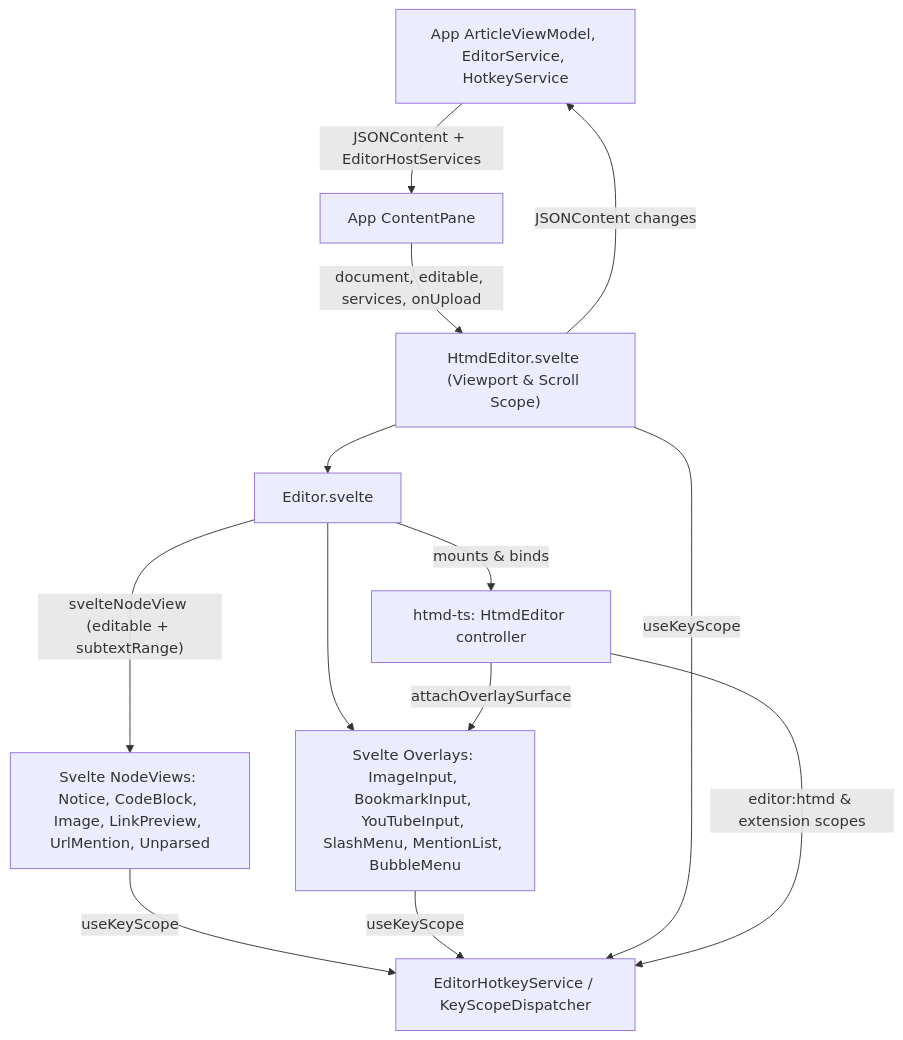
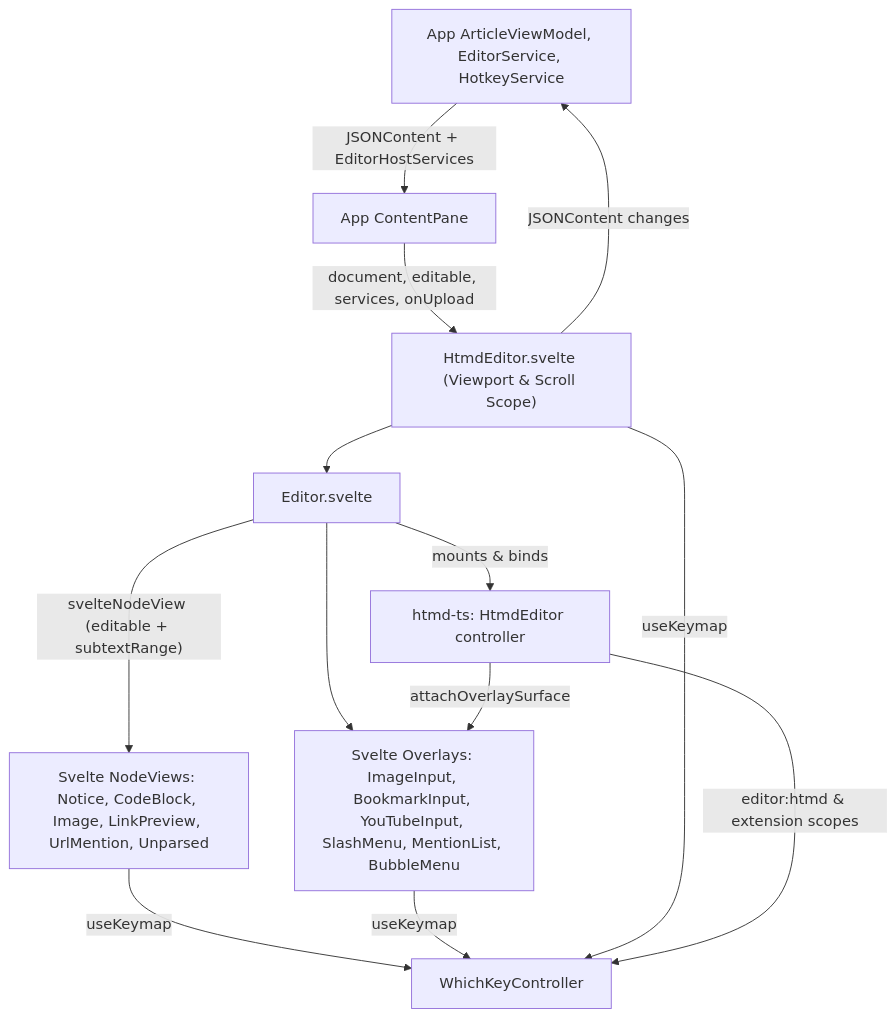
Before and after one commit to hypertextual/hypertextual: the first of 3 diagrams in docs/architecture/ui/htmd-editor.md, drawn with Mermaid. The commit also changed other lines of this file and 15 other files, not shown here.

First line of the commit message:
refactor(ui,docs): remove useKeyScope in favor of Helical useKeymap

````diff
--- a/docs/architecture/ui/htmd-editor.md
+++ b/docs/architecture/ui/htmd-editor.md
@@ -38,13 +38,13 @@
 ```mermaid
 flowchart TD
     app["App ArticleViewModel, EditorService, HotkeyService"] -->|"JSONContent + EditorHostServices"| host["App ContentPane"]
     host -->|"document, editable, services, onUpload"| wrapper["HtmdEditor.svelte (Viewport & Scroll Scope)"]
     wrapper -->|"JSONContent changes"| app
     wrapper --> view["Editor.svelte"]
     view -->|"mounts & binds"| controller["htmd-ts: HtmdEditor controller"]
     view -->|"svelteNodeView (editable + subtextRange)"| nodeViews["Svelte NodeViews: Notice, CodeBlock, Image, LinkPreview, UrlMention, Unparsed"]
     view --> surfaces["Svelte Overlays: ImageInput, BookmarkInput, YouTubeInput, SlashMenu, MentionList, BubbleMenu"]
-    nodeViews & surfaces & wrapper -->|"useKeyScope"| hotkeys["EditorHotkeyService / KeyScopeDispatcher"]
+    nodeViews & surfaces & wrapper -->|"useKeymap"| hotkeys["WhichKeyController"]
     controller -->|"editor:htmd & extension scopes"| hotkeys
     controller -->|"attachOverlaySurface"| surfaces
 ```
````
